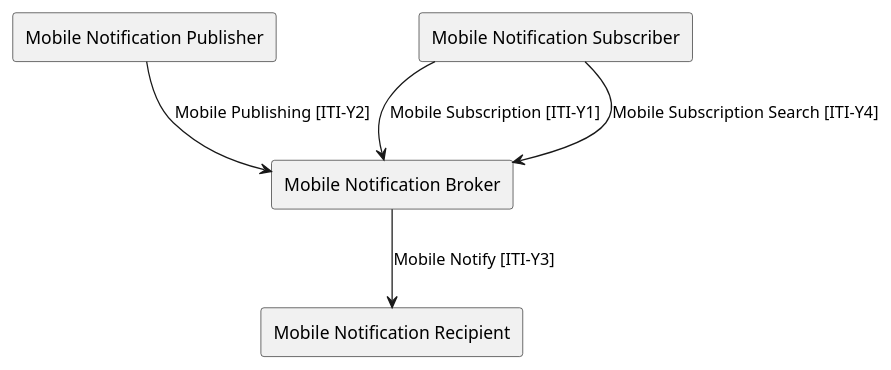
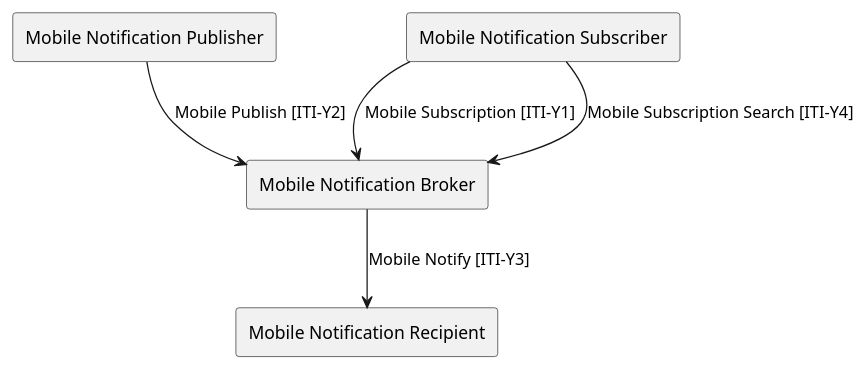
One commit to IHE/ITI.DSUBm changed the diagram in input/images-source/ActorsAndTransactions.plantuml. Above: the diagram before and after it, drawn with PlantUML. The commit also changed 9 other files, not shown here.

```diff
--- a/input/images-source/ActorsAndTransactions.plantuml
+++ b/input/images-source/ActorsAndTransactions.plantuml
@@ -1,10 +1,10 @@
 @startuml
 agent "Mobile Notification Publisher" as Publisher
 agent "Mobile Notification Broker" as Broker
 agent "Mobile Notification Subscriber" as Subscriber
 agent "Mobile Notification Recipient" as Recipient
-Publisher --> Broker : "Mobile Publishing [ITI-Y2]"
+Publisher --> Broker : "Mobile Publish [ITI-Y2]"
 Subscriber --> Broker : "Mobile Subscription [ITI-Y1]"
 Subscriber --> Broker : "Mobile Subscription Search [ITI-Y4]"
 Broker --> Recipient : "Mobile Notify [ITI-Y3]"
 @enduml
```
